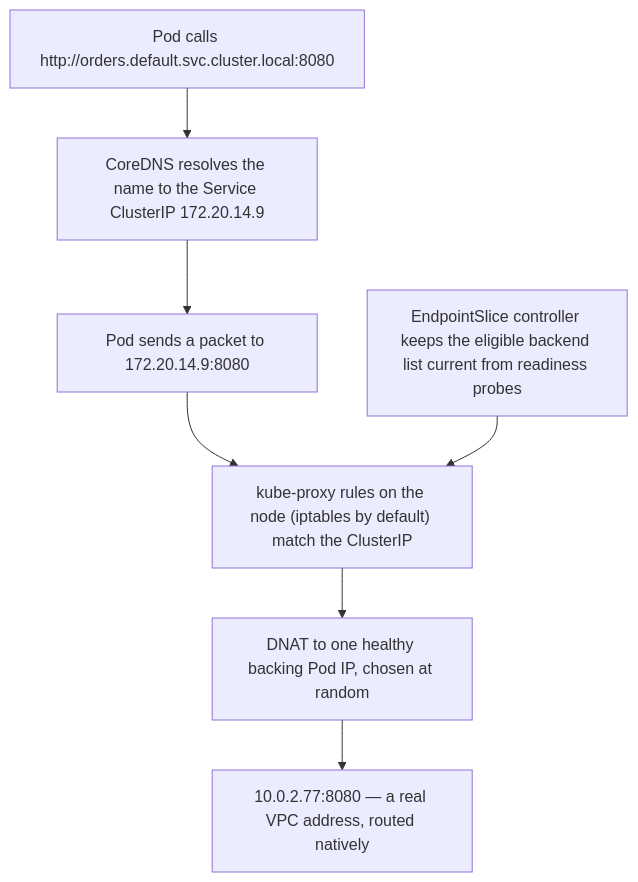
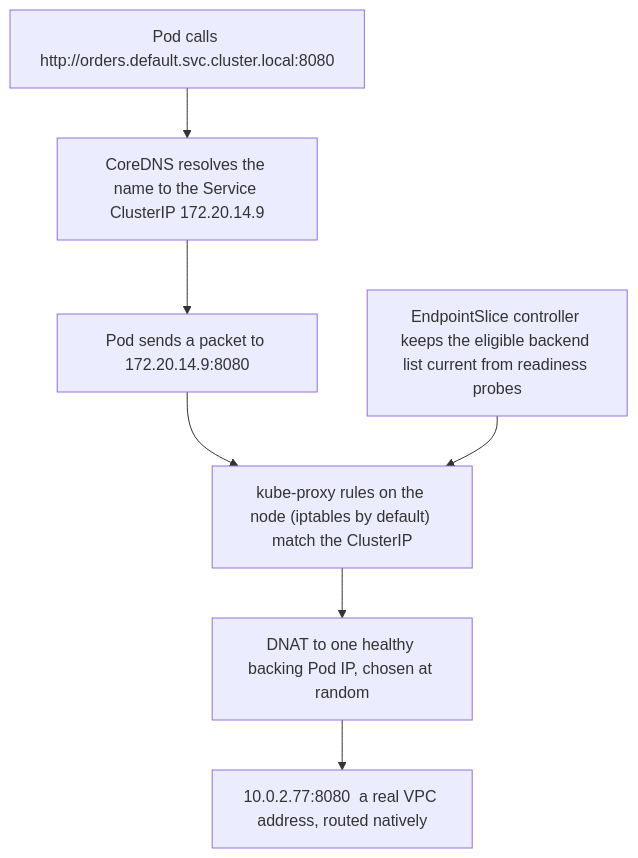
One commit to norbutlepcha25/dso303 changed the fifth of 9 diagrams in docs/unit3/topic1.md. Above: the diagram before and after it, drawn with Mermaid. The commit also changed other lines of this file and 76 other files, not shown here.

````diff
--- a/docs/unit3/topic1.md
+++ b/docs/unit3/topic1.md
@@ -376,9 +358,9 @@
 ```mermaid
 flowchart TD
     P["Pod calls http://orders.default.svc.cluster.local:8080"] --> DNS["CoreDNS resolves the name to the Service ClusterIP 172.20.14.9"]
     DNS --> PKT["Pod sends a packet to 172.20.14.9:8080"]
     PKT --> KP["kube-proxy rules on the node (iptables by default) match the ClusterIP"]
     KP --> DNAT["DNAT to one healthy backing Pod IP, chosen at random"]
-    DNAT --> POD["10.0.2.77:8080 — a real VPC address, routed natively"]
+    DNAT --> POD["10.0.2.77:8080  a real VPC address, routed natively"]
     EP["EndpointSlice controller keeps the eligible backend list current from readiness probes"] --> KP
 ```
````
